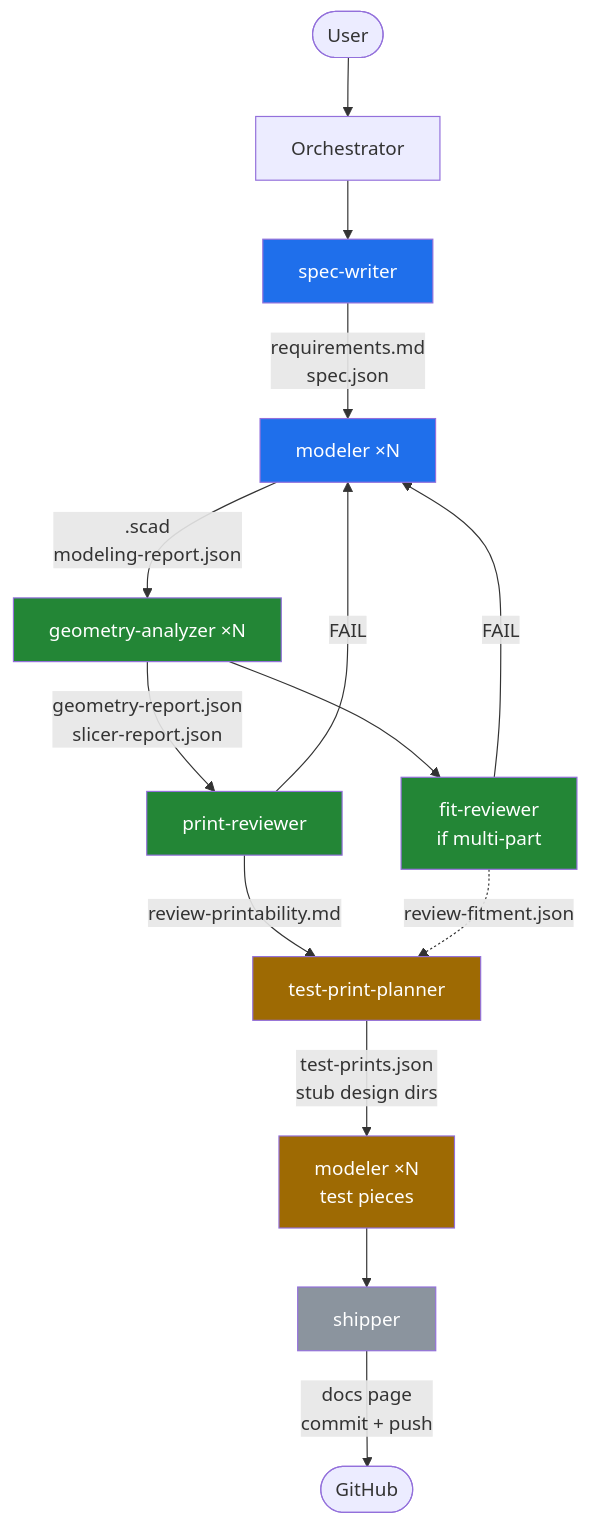
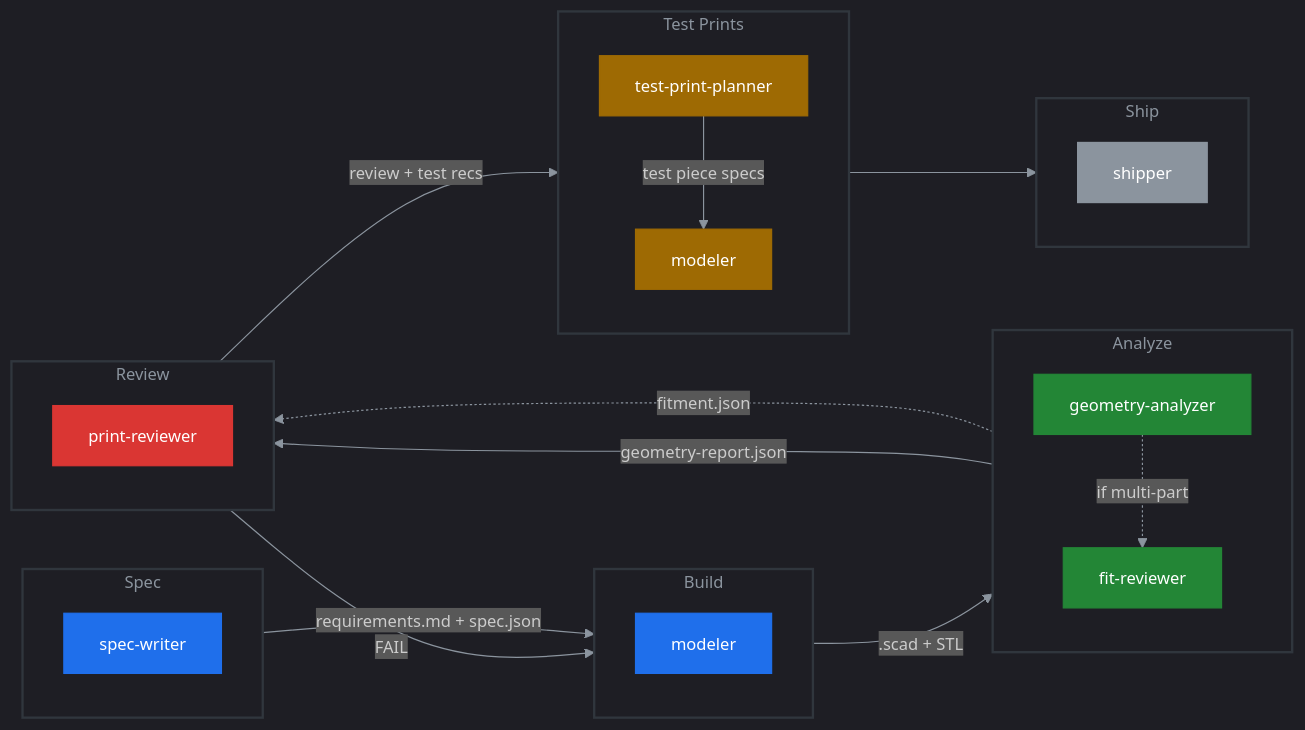
The diagram in README.md (aes87/ai-3d-modeling), drawn with Mermaid before and after one commit.

Commit message:
Polish Mermaid pipeline diagram: LR flow, subgroups, dark theme
Replaced fragile \n labels and TD layout with a clean left-to-right
flowchart. Stages grouped in labeled subgraphs, color-coded by role
(blue=build, green=analyze, red=review, amber=test, gray=ship).
Removed special characters that could break GitHub's renderer.

````diff
--- a/README.md
+++ b/README.md
@@ -30,28 +30,69 @@
 ```mermaid
-graph TD
-    User([User]) --> Orch[Orchestrator]
+---
+config:
+  theme: dark
+  themeVariables:
+    primaryColor: '#1f6feb'
+    primaryTextColor: '#fff'
+    lineColor: '#8b949e'
+    fontSize: '14px'
+---
+flowchart LR
+    subgraph SPEC["  Spec  "]
+        direction TB
+        SW["spec-writer"]
+    end
 
-    Orch --> SW[spec-writer]
-    SW -->|requirements.md\nspec.json| M[modeler ×N]
-    M -->|.scad\nmodeling-report.json| GA[geometry-analyzer ×N]
-    GA -->|geometry-report.json\nslicer-report.json| PR[print-reviewer]
-    GA --> FR[fit-reviewer\nif multi-part]
+    subgraph BUILD["  Build  "]
+        direction TB
+        M["modeler"]
+    end
 
-    PR -->|review-printability.md| TPP[test-print-planner]
-    FR -.->|review-fitment.json| TPP
-    TPP -->|test-prints.json\nstub design dirs| TM[modeler ×N\ntest pieces]
-    TM --> Ship[shipper]
-    Ship -->|docs page\ncommit + push| Done([GitHub])
+    subgraph ANALYZE["  Analyze  "]
+        direction TB
+        GA["geometry-analyzer"]
+        FR["fit-reviewer"]
+    end
 
-    PR -->|FAIL| M
-    FR -->|FAIL| M
+    subgraph REVIEW["  Review  "]
+        direction TB
+        PR["print-reviewer"]
+    end
 
-    style SW fill:#1f6feb,color:#fff
-    style M fill:#1f6feb,color:#fff
-    style GA fill:#238636,color:#fff
-    style PR fill:#238636,color:#fff
-    style FR fill:#238636,color:#fff
-    style TPP fill:#9e6a03,color:#fff
-    style TM fill:#9e6a03,color:#fff
-    style Ship fill:#8b949e,color:#fff
+    subgraph TEST["  Test Prints  "]
+        direction TB
+        TPP["test-print-planner"]
+        TM["modeler"]
+    end
+
+    subgraph SHIP["  Ship  "]
+        direction TB
+        S["shipper"]
+    end
+
+    SW -- "requirements.md + spec.json" --> M
+    M -- ".scad + STL" --> GA
+    GA -- "geometry-report.json" --> PR
+    GA -. "if multi-part" .-> FR
+    FR -. "fitment.json" .-> PR
+    PR -- "review + test recs" --> TPP
+    TPP -- "test piece specs" --> TM
+    TM --> S
+    PR -- "FAIL" --> M
+
+    style SW fill:#1f6feb,color:#fff,stroke:#1f6feb
+    style M fill:#1f6feb,color:#fff,stroke:#1f6feb
+    style GA fill:#238636,color:#fff,stroke:#238636
+    style FR fill:#238636,color:#fff,stroke:#238636
+    style PR fill:#da3633,color:#fff,stroke:#da3633
+    style TPP fill:#9e6a03,color:#fff,stroke:#9e6a03
+    style TM fill:#9e6a03,color:#fff,stroke:#9e6a03
+    style S fill:#8b949e,color:#fff,stroke:#8b949e
+
+    style SPEC fill:transparent,stroke:#30363d,stroke-width:2px,color:#8b949e
+    style BUILD fill:transparent,stroke:#30363d,stroke-width:2px,color:#8b949e
+    style ANALYZE fill:transparent,stroke:#30363d,stroke-width:2px,color:#8b949e
+    style REVIEW fill:transparent,stroke:#30363d,stroke-width:2px,color:#8b949e
+    style TEST fill:transparent,stroke:#30363d,stroke-width:2px,color:#8b949e
+    style SHIP fill:transparent,stroke:#30363d,stroke-width:2px,color:#8b949e
 ```
````
